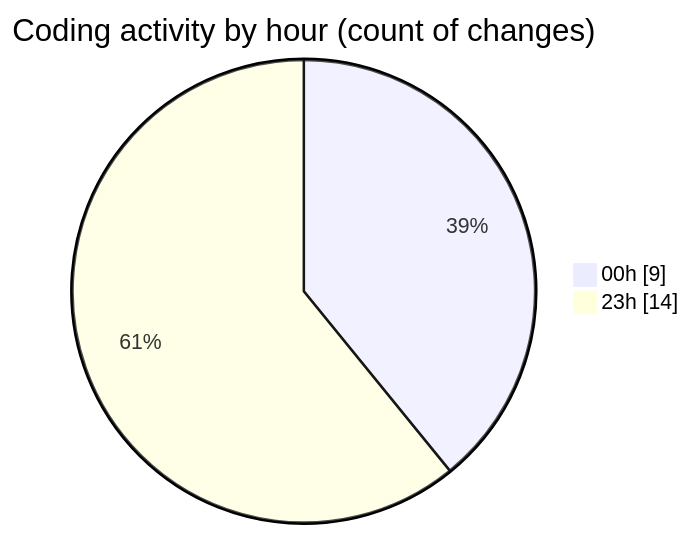
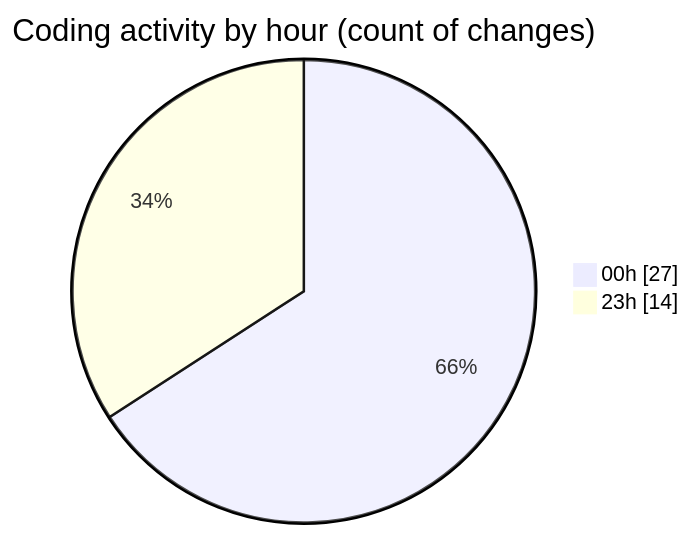
One commit to lephambinh05/code-tracking changed the second of 2 diagrams in 2025-08-20/quytuthien_vn/README.md. Above: the diagram before and after it, drawn with Mermaid. The commit also changed other lines of this file and 1 other file, not shown here.

````diff
--- a/2025-08-20/quytuthien_vn/README.md
+++ b/2025-08-20/quytuthien_vn/README.md
@@ -41,6 +52,6 @@
 ```mermaid
 pie showData
 title Coding activity by hour (count of changes)
-"00h" : 9
+"00h" : 27
 "23h" : 14
 ```
````
